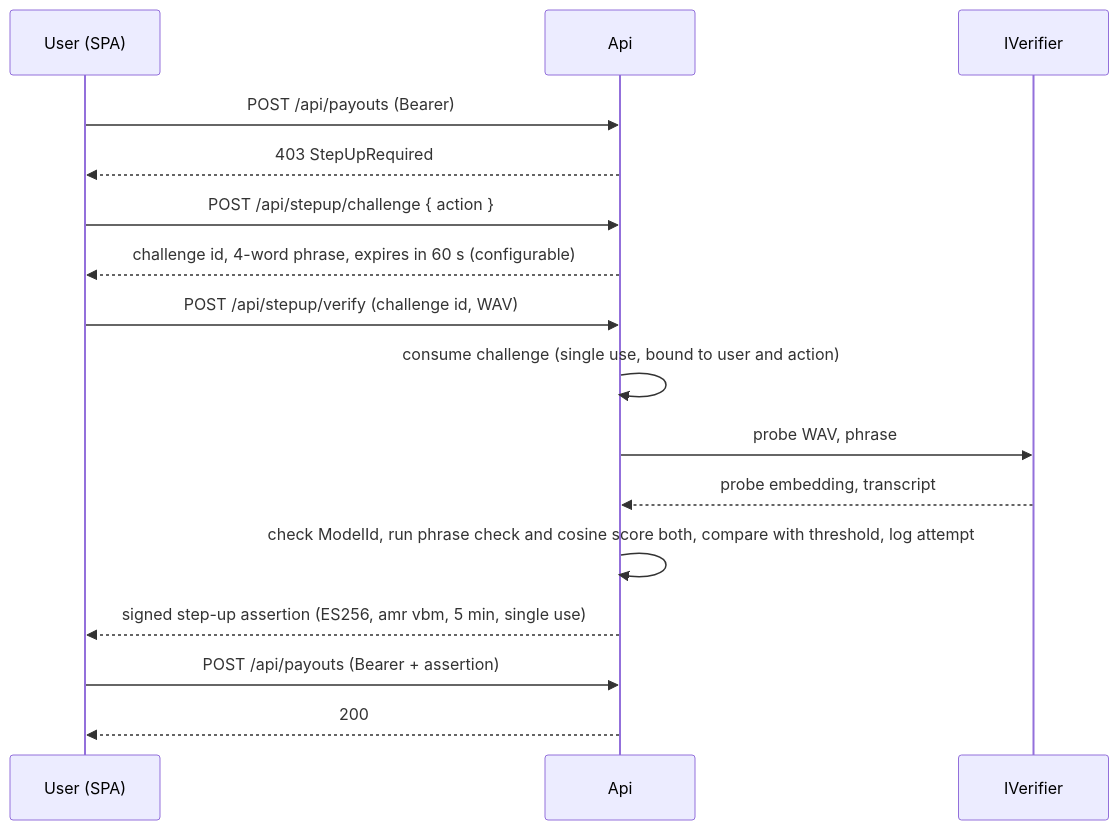
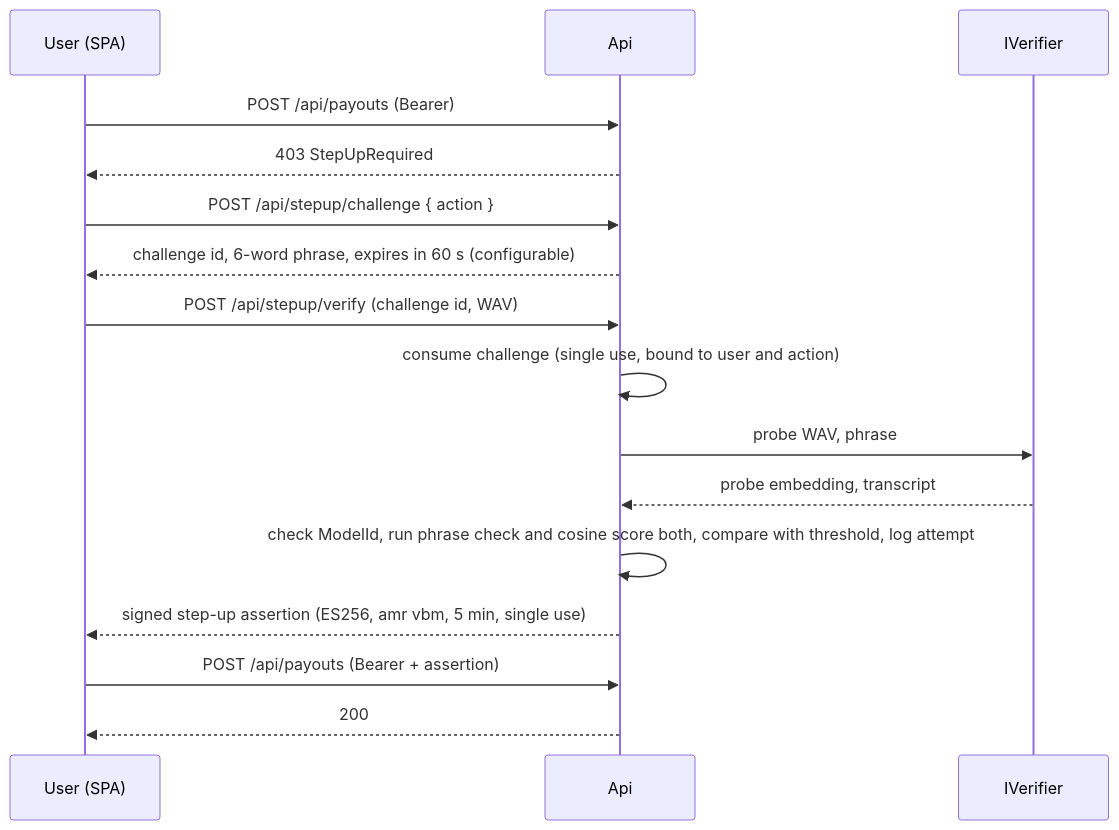
Before and after one commit to alfredorevilla/voice-step-up: the third of 6 diagrams in docs/architecture.md, drawn with Mermaid. The commit also changed other lines of this file and 5 other files, not shown here.

Commit message:
docs: record the Amendment 2 outcome - 6-word challenge, threshold 0.80, floor 0.43, per-word rule off, splicing as TM-001b

````diff
--- a/docs/architecture.md
+++ b/docs/architecture.md
@@ -83,18 +83,18 @@
 ```mermaid
 sequenceDiagram
   participant U as User (SPA)
   participant A as Api
   participant V as IVerifier
   U->>A: POST /api/payouts (Bearer)
   A-->>U: 403 StepUpRequired
   U->>A: POST /api/stepup/challenge { action }
-  A-->>U: challenge id, 4-word phrase, expires in 60 s (configurable)
+  A-->>U: challenge id, 6-word phrase, expires in 60 s (configurable)
   U->>A: POST /api/stepup/verify (challenge id, WAV)
   A->>A: consume challenge (single use, bound to user and action)
   A->>V: probe WAV, phrase
   V-->>A: probe embedding, transcript
   A->>A: check ModelId, run phrase check and cosine score both, compare with threshold, log attempt
   A-->>U: signed step-up assertion (ES256, amr vbm, 5 min, single use)
   U->>A: POST /api/payouts (Bearer + assertion)
   A-->>U: 200
 ```
````
